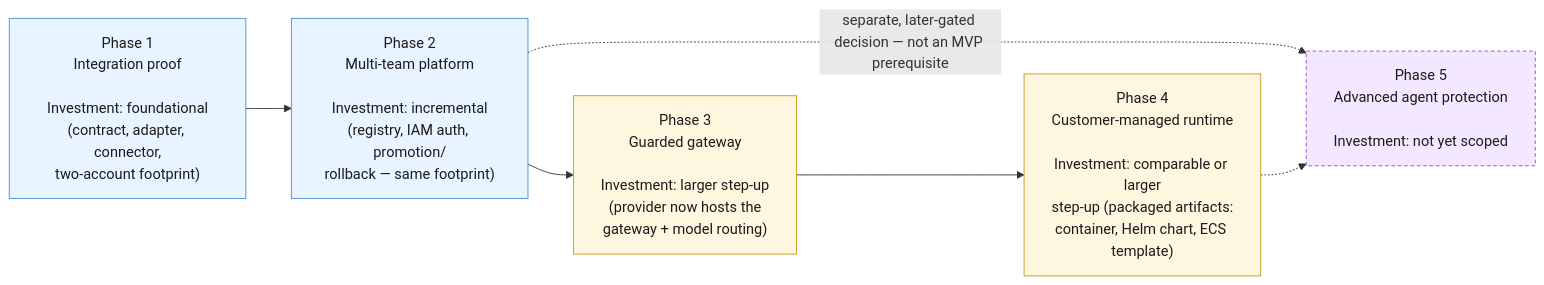
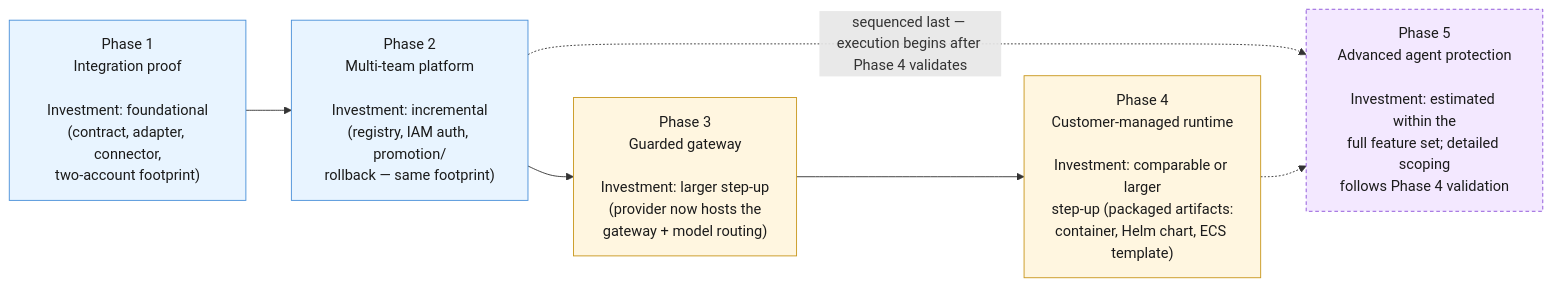
The diagram in solution-docs/30-executive/INVESTMENT-SUMMARY.md (veglezMX/guardrails), drawn with Mermaid before and after one commit. The commit also changed other lines of this file and 70 other files, not shown here.

````diff
--- a/solution-docs/30-executive/INVESTMENT-SUMMARY.md
+++ b/solution-docs/30-executive/INVESTMENT-SUMMARY.md
@@ -150,15 +150,15 @@
 ```mermaid
 flowchart LR
     P1["Phase 1\nIntegration proof\n\nInvestment: foundational\n(contract, adapter, connector,\ntwo-account footprint)"] --> P2["Phase 2\nMulti-team platform\n\nInvestment: incremental\n(registry, IAM auth, promotion/\nrollback — same footprint)"]
     P2 --> P3["Phase 3\nGuarded gateway\n\nInvestment: larger step-up\n(provider now hosts the\ngateway + model routing)"]
     P3 --> P4["Phase 4\nCustomer-managed runtime\n\nInvestment: comparable or larger\nstep-up (packaged artifacts:\ncontainer, Helm chart, ECS template)"]
-    P2 -.->|separate, later-gated decision — not an MVP prerequisite| P5["Phase 5\nAdvanced agent protection\n\nInvestment: not yet scoped"]
+    P2 -.->|sequenced last — execution begins after Phase 4 validates| P5["Phase 5\nAdvanced agent protection\n\nInvestment: estimated within the\nfull feature set; detailed scoping\nfollows Phase 4 validation"]
     P4 -.-> P5
 
     classDef mvp fill:#e8f4ff,stroke:#4a90d9,color:#1b1b1b;
     classDef beyond fill:#fff6e0,stroke:#c9971d,color:#1b1b1b;
     classDef expansion fill:#f3e8ff,stroke:#8a4fd9,color:#1b1b1b,stroke-dasharray: 4 3;
     class P1,P2 mvp;
     class P3,P4 beyond;
     class P5 expansion;
 ```
````
